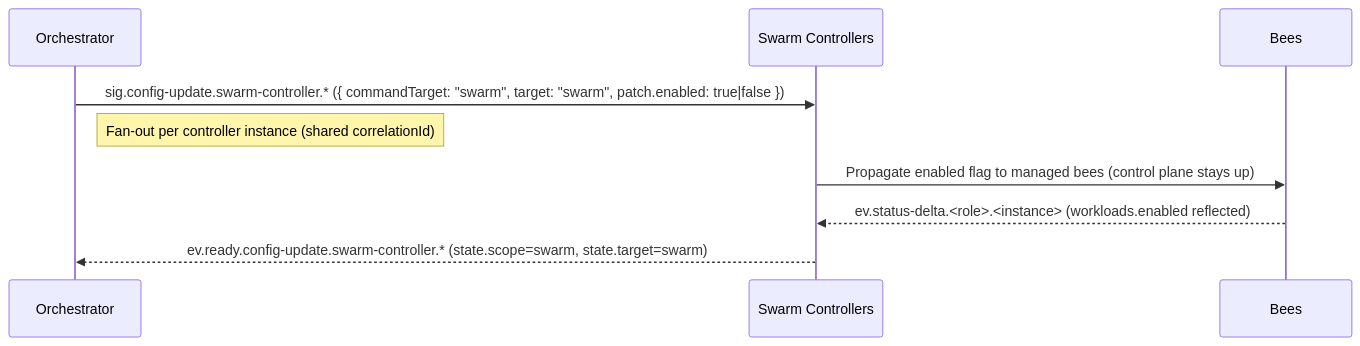
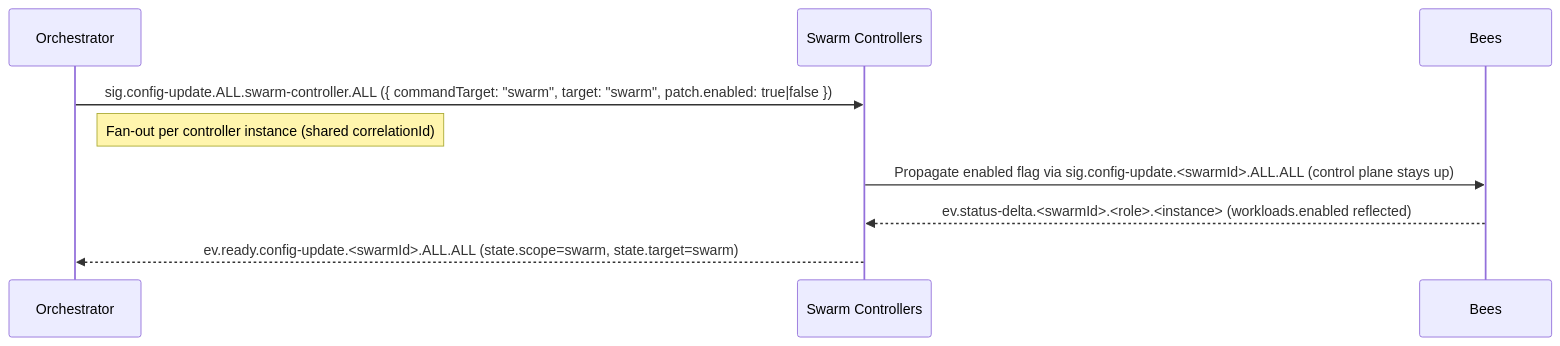
Before and after one commit to sepa79/PocketHive: the fourth of 8 diagrams in docs/ARCHITECTURE.md, drawn with Mermaid. The commit also changed other lines of this file and 7 other files, not shown here.

Commit message:
docs: define swarm-aware control-plane contract

````diff
--- a/docs/ARCHITECTURE.md
+++ b/docs/ARCHITECTURE.md
@@ -190,12 +199,12 @@
 ```mermaid
 sequenceDiagram
   participant QN as Orchestrator
   participant MSH as Swarm Controllers
   participant CMP as Bees
 
-  QN->>MSH: sig.config-update.swarm-controller.* ({ commandTarget: "swarm", target: "swarm", patch.enabled: true|false })
+  QN->>MSH: sig.config-update.ALL.swarm-controller.ALL ({ commandTarget: "swarm", target: "swarm", patch.enabled: true|false })
   note right of QN: Fan-out per controller instance (shared correlationId)
-  MSH->>CMP: Propagate enabled flag to managed bees (control plane stays up)
-  CMP-->>MSH: ev.status-delta.<role>.<instance> (workloads.enabled reflected)
-  MSH-->>QN: ev.ready.config-update.swarm-controller.* (state.scope=swarm, state.target=swarm)
+  MSH->>CMP: Propagate enabled flag via sig.config-update.<swarmId>.ALL.ALL (control plane stays up)
+  CMP-->>MSH: ev.status-delta.<swarmId>.<role>.<instance> (workloads.enabled reflected)
+  MSH-->>QN: ev.ready.config-update.<swarmId>.ALL.ALL (state.scope=swarm, state.target=swarm)
 ```
````
